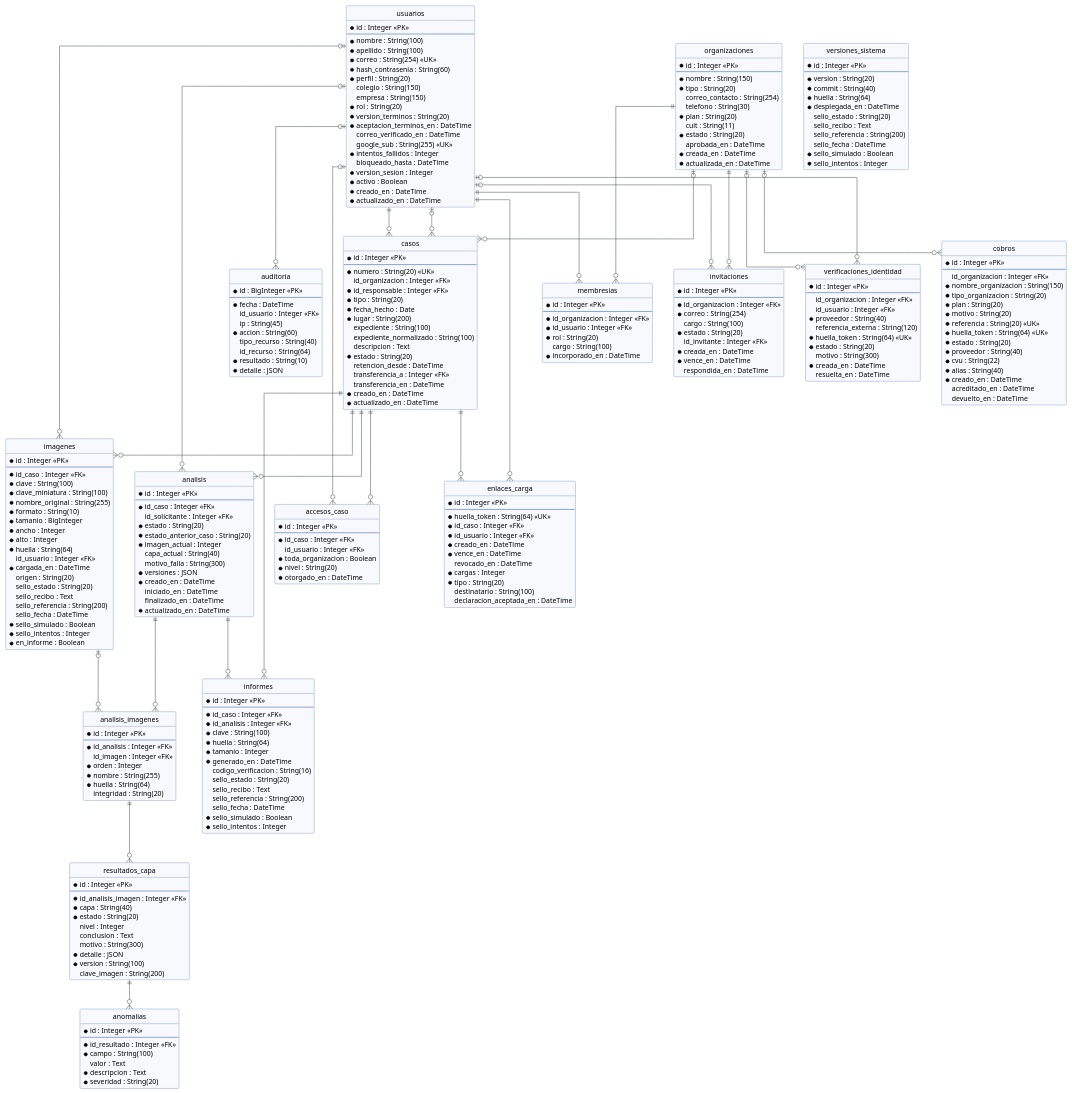
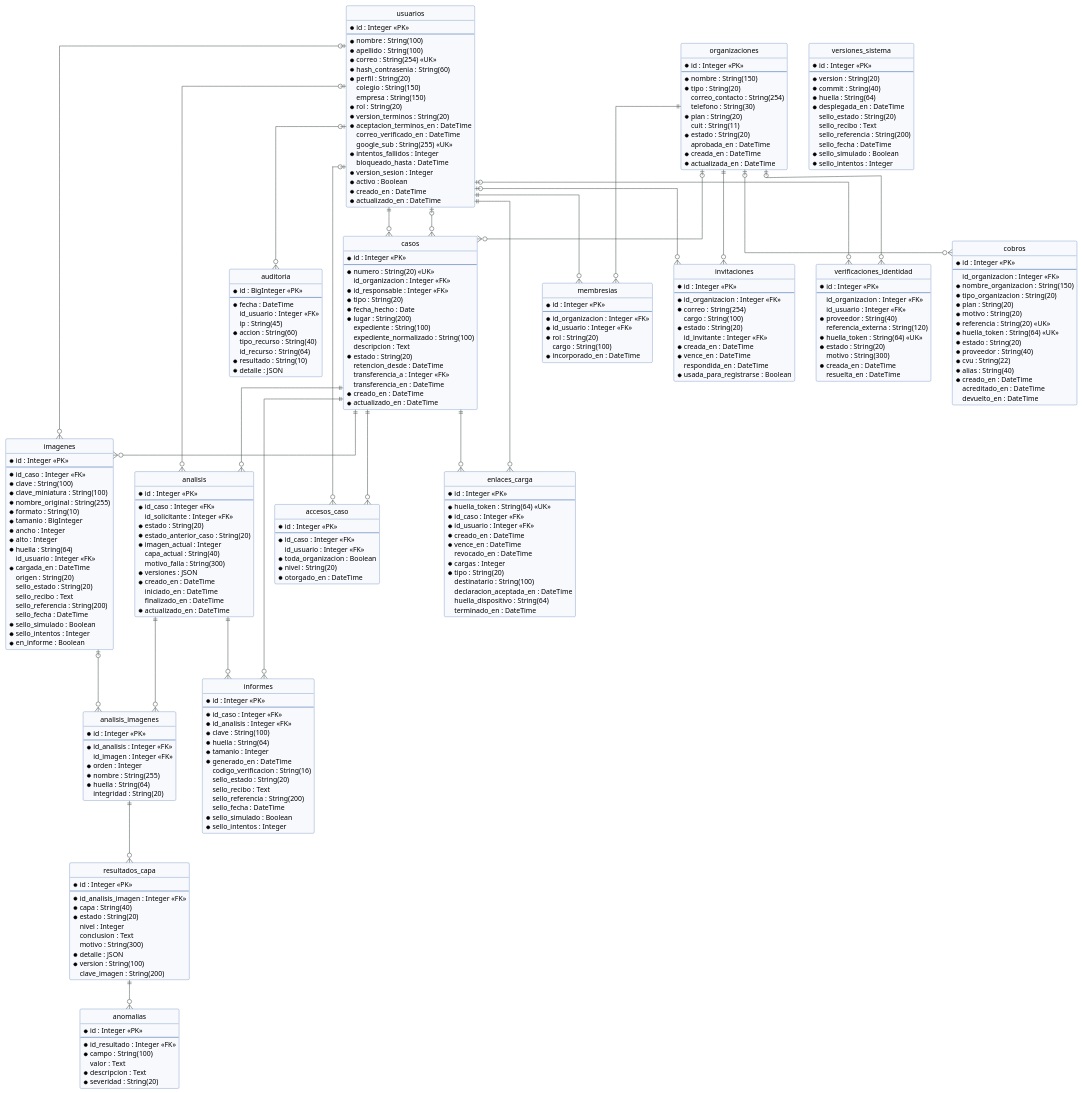
The diagram in docs/arquitectura/diagramas/04b-modelo-de-datos-completo.puml (valentinasalmon/PFG-sistema-deteccion-IA), drawn with PlantUML before and after one commit. The commit also changed 3 other files, not shown here.

First line of the commit message:
documentacion(039): regenerar diagramas con la capa 4 y las columnas nuevas de enlaces de carga

```diff
--- a/docs/arquitectura/diagramas/04b-modelo-de-datos-completo.puml
+++ b/docs/arquitectura/diagramas/04b-modelo-de-datos-completo.puml
@@ -117,6 +117,8 @@
   * tipo : String(20)
   destinatario : String(100)
   declaracion_aceptada_en : DateTime
+  huella_dispositivo : String(64)
+  terminado_en : DateTime
 }
 entity "auditoria" as auditoria {
   * id : BigInteger <<PK>>
@@ -204,6 +206,7 @@
   * creada_en : DateTime
   * vence_en : DateTime
   respondida_en : DateTime
+  * usada_para_registrarse : Boolean
 }
 entity "usuarios" as usuarios {
   * id : Integer <<PK>>
```
